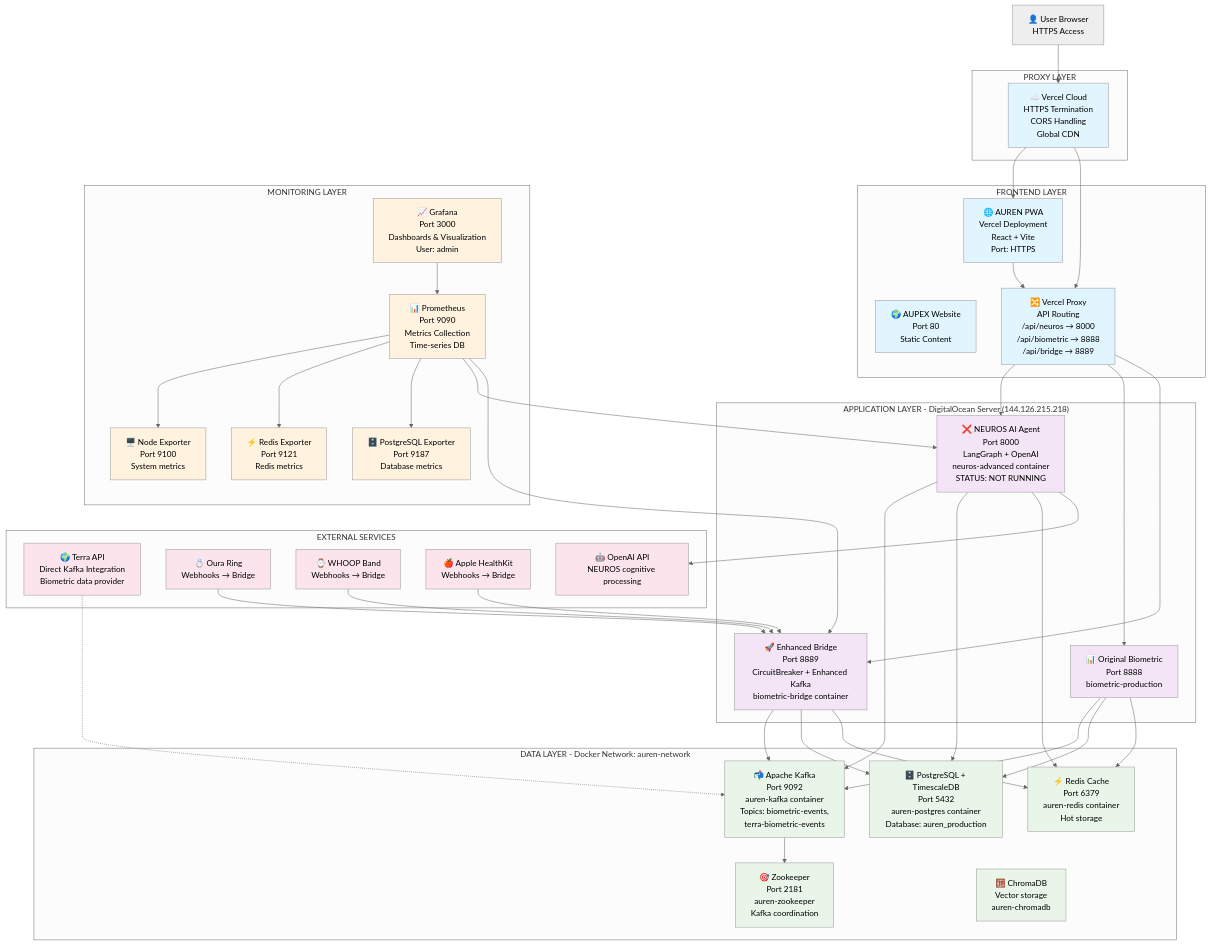
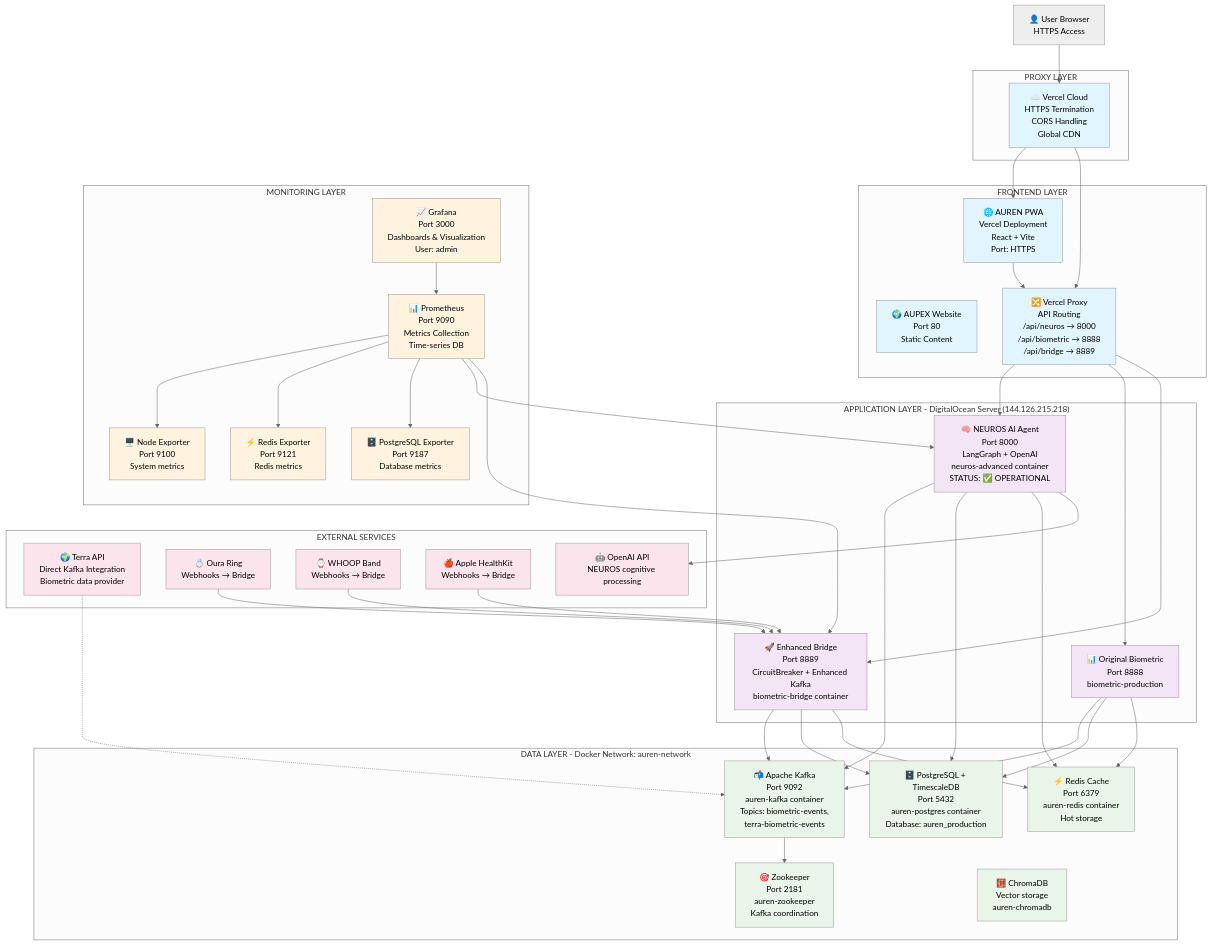
The diagram in AUREN_COMPLETE_SYSTEM_REFERENCE/README.md (ASTXRTYS/Crewaistudio), drawn with Mermaid (neutral theme) before and after one commit. The commit also changed other lines of this file and 3 other files, not shown here.

```diff
--- a/AUREN_COMPLETE_SYSTEM_REFERENCE/README.md
+++ b/AUREN_COMPLETE_SYSTEM_REFERENCE/README.md
@@ -40,7 +40,7 @@
 
     %% Application Layer
     subgraph "APPLICATION LAYER - DigitalOcean Server (144.126.215.218)"
-        NEUROS["❌ NEUROS AI Agent<br/>Port 8000<br/>LangGraph + OpenAI<br/>neuros-advanced container<br/>STATUS: NOT RUNNING"]
+        NEUROS["🧠 NEUROS AI Agent<br/>Port 8000<br/>LangGraph + OpenAI<br/>neuros-advanced container<br/>STATUS: ✅ OPERATIONAL"]
         BIOMETRIC_ORIG["📊 Original Biometric<br/>Port 8888<br/>biometric-production"]
         BIOMETRIC_ENH["🚀 Enhanced Bridge<br/>Port 8889<br/>CircuitBreaker + Enhanced Kafka<br/>biometric-bridge container"]
     end
```
